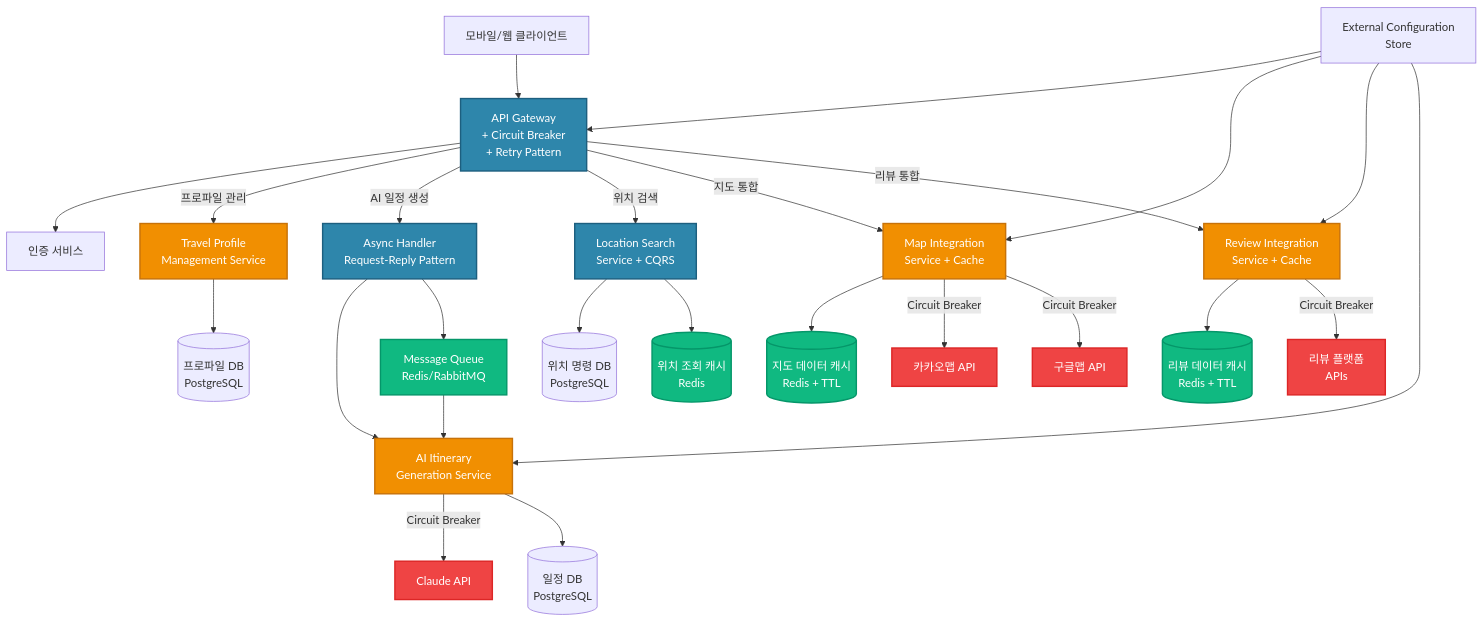
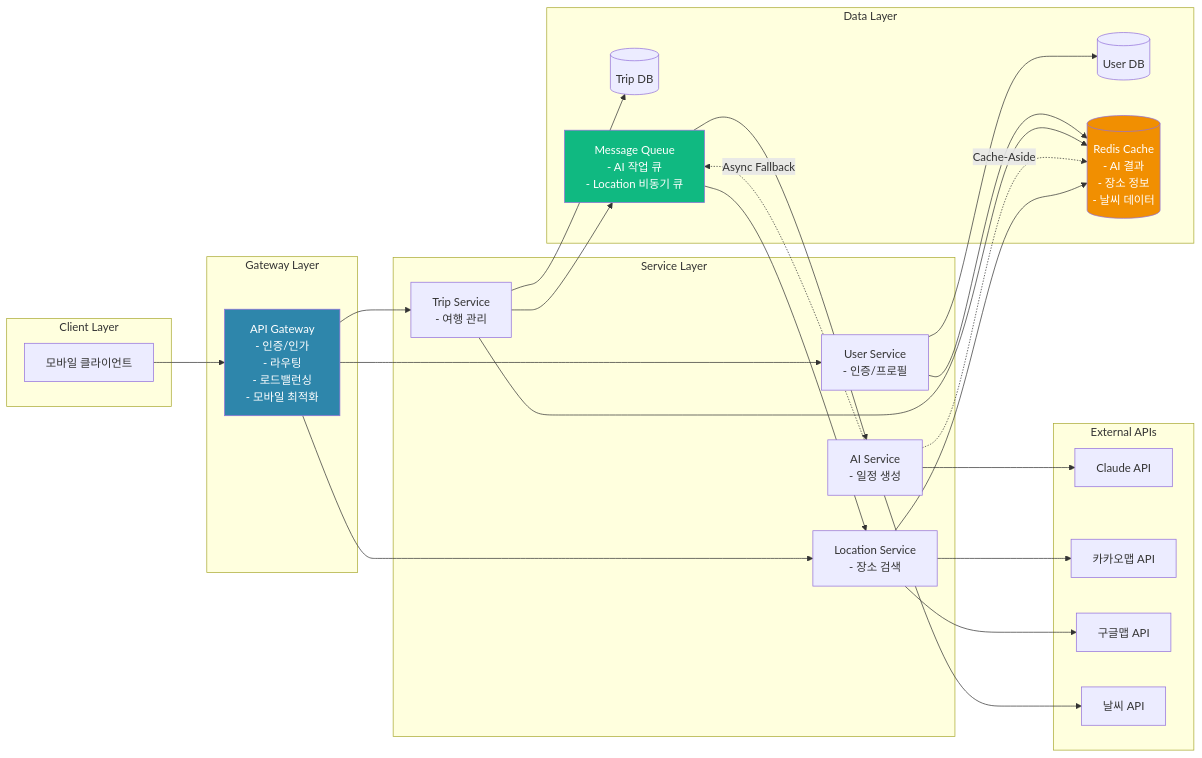
Before and after one commit to cna-bootcamp/tripgen: the first of 9 diagrams in design/pattern/아키텍처패턴.md, drawn with Mermaid. The commit also changed other lines of this file and 104 other files, not shown here.

Commit message:
백엔드 설계 산출물 추가 - API 설계서, 시퀀스 다이어그램, 논리 아키텍처

````diff
--- a/design/pattern/아키텍처패턴.md
+++ b/design/pattern/아키텍처패턴.md
@@ -101,53 +147,61 @@
 ```mermaid
-graph TB
-    %% 클라이언트 계층
-    Client[모바일/웹 클라이언트] --> Gateway[API Gateway<br/>+ Circuit Breaker<br/>+ Retry Pattern]
+flowchart LR
+    subgraph "Client Layer"
+        Mobile[모바일 클라이언트]
+    end
     
-    %% API Gateway 계층
-    Gateway --> Auth[인증 서비스]
-    Gateway --> |프로파일 관리| PROF[Travel Profile<br/>Management Service]
-    Gateway --> |AI 일정 생성| ASYNC[Async Handler<br/>Request-Reply Pattern]
-    Gateway --> |위치 검색| LOC[Location Search<br/>Service + CQRS]
-    Gateway --> |지도 통합| MAP[Map Integration<br/>Service + Cache]
-    Gateway --> |리뷰 통합| REV[Review Integration<br/>Service + Cache]
+    subgraph "Gateway Layer"
+        Gateway[API Gateway<br/>- 인증/인가<br/>- 라우팅<br/>- 로드밸런싱<br/>- 모바일 최적화]
+    end
     
-    %% 비동기 처리 계층
-    ASYNC --> ITGEN[AI Itinerary<br/>Generation Service]
-    ASYNC --> Queue[Message Queue<br/>Redis/RabbitMQ]
-    Queue --> ITGEN
+    subgraph "Service Layer"
+        UserSvc[User Service<br/>- 인증/프로필]
+        TripSvc[Trip Service<br/>- 여행 관리]
+        AISvc[AI Service<br/>- 일정 생성]
+        LocationSvc[Location Service<br/>- 장소 검색]
+    end
     
-    %% CQRS 구현 계층
-    LOC --> CmdDB[(위치 명령 DB<br/>PostgreSQL)]
-    LOC --> QueryCache[(위치 조회 캐시<br/>Redis)]
+    subgraph "Data Layer"
+        UserDB[(User DB)]
+        TripDB[(Trip DB)]
+        Cache[(Redis Cache<br/>- AI 결과<br/>- 장소 정보<br/>- 날씨 데이터)]
+        Queue[Message Queue<br/>- AI 작업 큐<br/>- Location 비동기 큐]
+    end
     
-    %% 캐시 계층
-    MAP --> MapCache[(지도 데이터 캐시<br/>Redis + TTL)]
-    REV --> ReviewCache[(리뷰 데이터 캐시<br/>Redis + TTL)]
+    subgraph "External APIs"
+        Claude[Claude API]
+        Kakao[카카오맵 API]
+        Google[구글맵 API]
+        Weather[날씨 API]
+    end
     
-    %% 외부 API 계층
-    MAP --> |Circuit Breaker| KakaoAPI[카카오맵 API]
-    MAP --> |Circuit Breaker| GoogleAPI[구글맵 API]
-    REV --> |Circuit Breaker| ReviewAPIs[리뷰 플랫폼<br/>APIs]
-    ITGEN --> |Circuit Breaker| ClaudeAPI[Claude API]
+    Mobile --> Gateway
     
-    %% 설정 관리
-    ConfigStore[External Configuration<br/>Store] --> Gateway
-    ConfigStore --> MAP
-    ConfigStore --> REV
-    ConfigStore --> ITGEN
+    Gateway --> UserSvc
+    Gateway --> TripSvc
+    Gateway --> LocationSvc
     
-    %% 데이터베이스 계층
-    PROF --> ProfileDB[(프로파일 DB<br/>PostgreSQL)]
-    ITGEN --> ItineraryDB[(일정 DB<br/>PostgreSQL)]
+    TripSvc --> Queue
+    Queue --> AISvc
     
-    %% 스타일 적용
-    classDef primary fill:#2E86AB,stroke:#1D5F7F,stroke-width:2px,color:#fff
-    classDef secondary fill:#F18F01,stroke:#C7720A,stroke-width:2px,color:#fff
-    classDef cache fill:#10B981,stroke:#059669,stroke-width:2px,color:#fff
-    classDef external fill:#EF4444,stroke:#DC2626,stroke-width:2px,color:#fff
+    UserSvc --> UserDB
+    TripSvc --> TripDB
     
-    class Gateway,ASYNC,LOC primary
-    class PROF,ITGEN,MAP,REV secondary
-    class QueryCache,MapCache,ReviewCache,Queue cache
-    class KakaoAPI,GoogleAPI,ReviewAPIs,ClaudeAPI external
+    UserSvc --> Cache
+    TripSvc --> Cache
+    AISvc -.->|Cache-Aside| Cache
+    LocationSvc --> Cache
+    
+    AISvc -.->|Async Fallback| Queue
+    Queue --> LocationSvc
+    
+    AISvc --> Claude
+    LocationSvc --> Kakao
+    LocationSvc --> Google
+    AISvc --> Weather
+    
+    style Gateway fill:#2E86AB,color:#fff
+    style Cache fill:#F18F01,color:#fff
+    style Queue fill:#10B981,color:#fff
+
 ```
````
